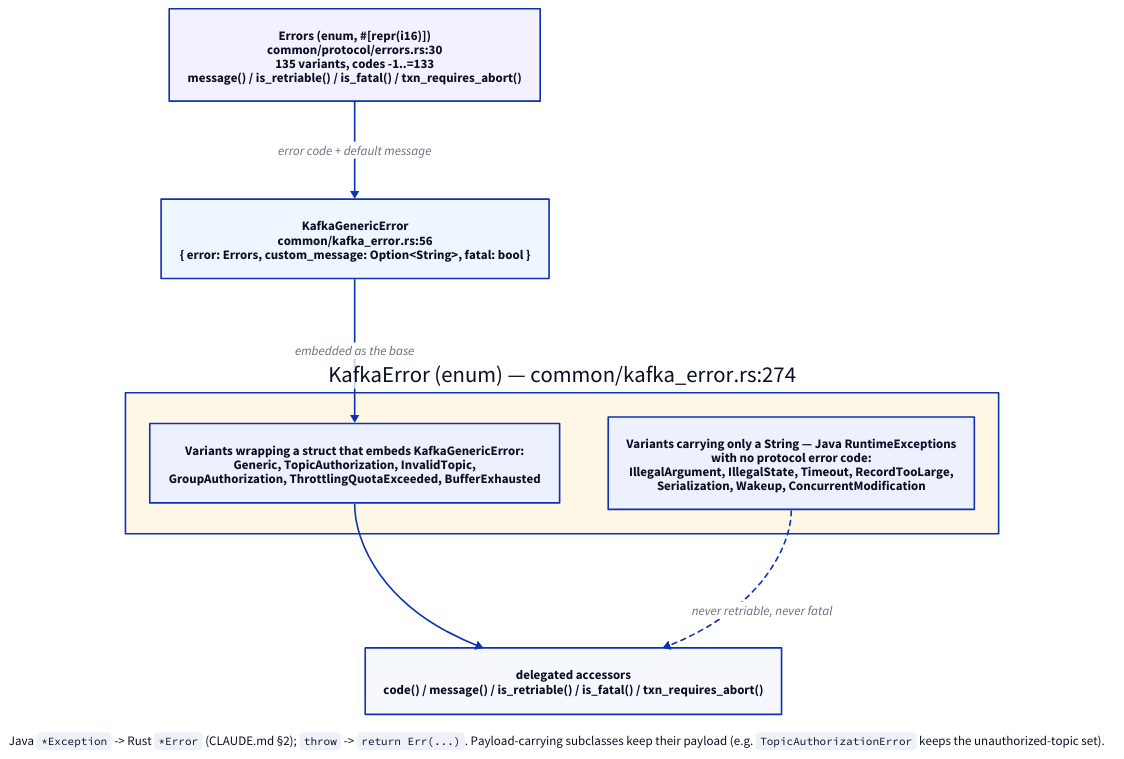
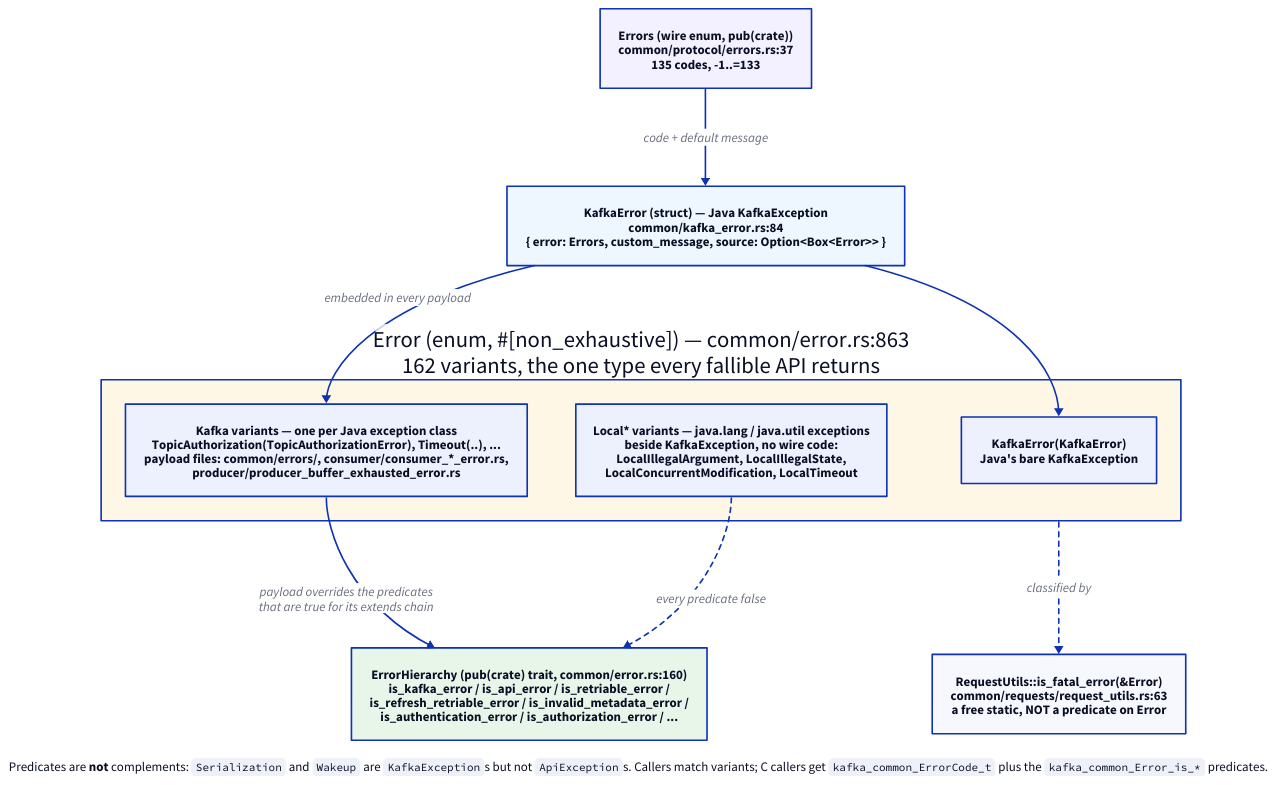
Before and after one commit to confluentinc/kafka-clients: the diagram in design/current/img/error-types.d2, drawn with D2. The commit also changed 1274 other files, not shown here.

```diff
--- a/design/current/img/error-types.d2
+++ b/design/current/img/error-types.d2
@@ -1,38 +1,47 @@
 # The error type structure.
 #
-# Source of truth for design/current/error-types.svg.
+# Source of truth for design/current/img/error-types.svg.
 # Render with: make -C design/current d2
 #
 # The point of this diagram: Java's exception *hierarchy* is flattened into
-# one `KafkaError` enum whose payload-carrying variants wrap a struct, and
-# every classification question is answered by the `Errors` code underneath.
+# one `Error` enum with one variant per Java exception class; each payload
+# struct embeds the `KafkaError` base, and the Java `extends` chain survives
+# only as the `is_*_error()` predicates each payload overrides.
 
 direction: down
 
-errors: "Errors (enum, #[repr(i16)])\ncommon/protocol/errors.rs:30\n135 variants, codes -1..=133\nmessage() / is_retriable() / is_fatal() / txn_requires_abort()" {
+errors: "Errors (wire enum, pub(crate))\ncommon/protocol/errors.rs:37\n135 codes, -1..=133" {
   style.fill: "#f3f0ff"
 }
 
-base: "KafkaGenericError\ncommon/kafka_error.rs:56\n{ error: Errors, custom_message: Option<String>, fatal: bool }" {
+base: "KafkaError (struct) — Java KafkaException\ncommon/kafka_error.rs:84\n{ error: Errors, custom_message, source: Option<Box<Error>> }" {
   style.fill: "#eef6ff"
 }
 
-ke: "KafkaError (enum) — common/kafka_error.rs:274" {
+enum: "Error (enum, #[non_exhaustive]) — common/error.rs:863\n162 variants, the one type every fallible API returns" {
   style.fill: "#fff7e6"
 
-  carrying: "Variants wrapping a struct that embeds KafkaGenericError:\nGeneric, TopicAuthorization, InvalidTopic,\nGroupAuthorization, ThrottlingQuotaExceeded, BufferExhausted"
-  plain: "Variants carrying only a String — Java RuntimeExceptions\nwith no protocol error code:\nIllegalArgument, IllegalState, Timeout, RecordTooLarge,\nSerialization, Wakeup, ConcurrentModification"
+  kafka: "Kafka variants — one per Java exception class\nTopicAuthorization(TopicAuthorizationError), Timeout(..), ...\npayload files: common/errors/, consumer/consumer_*_error.rs,\nproducer/producer_buffer_exhausted_error.rs"
+  bare: "KafkaError(KafkaError)\nJava's bare KafkaException"
+  local: "Local* variants — java.lang / java.util exceptions\nbeside KafkaException, no wire code:\nLocalIllegalArgument, LocalIllegalState,\nLocalConcurrentModification, LocalTimeout"
 }
 
-api: "delegated accessors\ncode() / message() / is_retriable() / is_fatal() / txn_requires_abort()"
+hier: "ErrorHierarchy (pub(crate) trait, common/error.rs:160)\nis_kafka_error / is_api_error / is_retriable_error /\nis_refresh_retriable_error / is_invalid_metadata_error /\nis_authentication_error / is_authorization_error / ..." {
+  style.fill: "#e8f5e9"
+}
 
-errors -> base: "error code + default message"
-base -> ke.carrying: "embedded as the base"
-ke.carrying -> api
-ke.plain -> api: "never retriable, never fatal" {style.stroke-dash: 3}
+fatal: "RequestUtils::is_fatal_error(&Error)\ncommon/requests/request_utils.rs:63\na free static, NOT a predicate on Error"
+
+errors -> base: "code + default message"
+base -> enum.kafka: "embedded in every payload"
+base -> enum.bare
+enum.kafka -> hier: "payload overrides the predicates\nthat are true for its extends chain"
+enum.local -> hier: "every predicate false" {style.stroke-dash: 3}
+enum -> fatal: "classified by" {style.stroke-dash: 3}
 
 note: |md
-  Java `*Exception` -> Rust `*Error` (CLAUDE.md §2); `throw` -> `return Err(...)`.
-  Payload-carrying subclasses keep their payload
-  (e.g. `TopicAuthorizationError` keeps the unauthorized-topic set).
+  Predicates are **not** complements: `Serialization` and `Wakeup` are
+  `KafkaException`s but not `ApiException`s. Callers match variants;
+  C callers get `kafka_common_ErrorCode_t` plus the `kafka_common_Error_is_*`
+  predicates.
 | {near: bottom-center}
```
